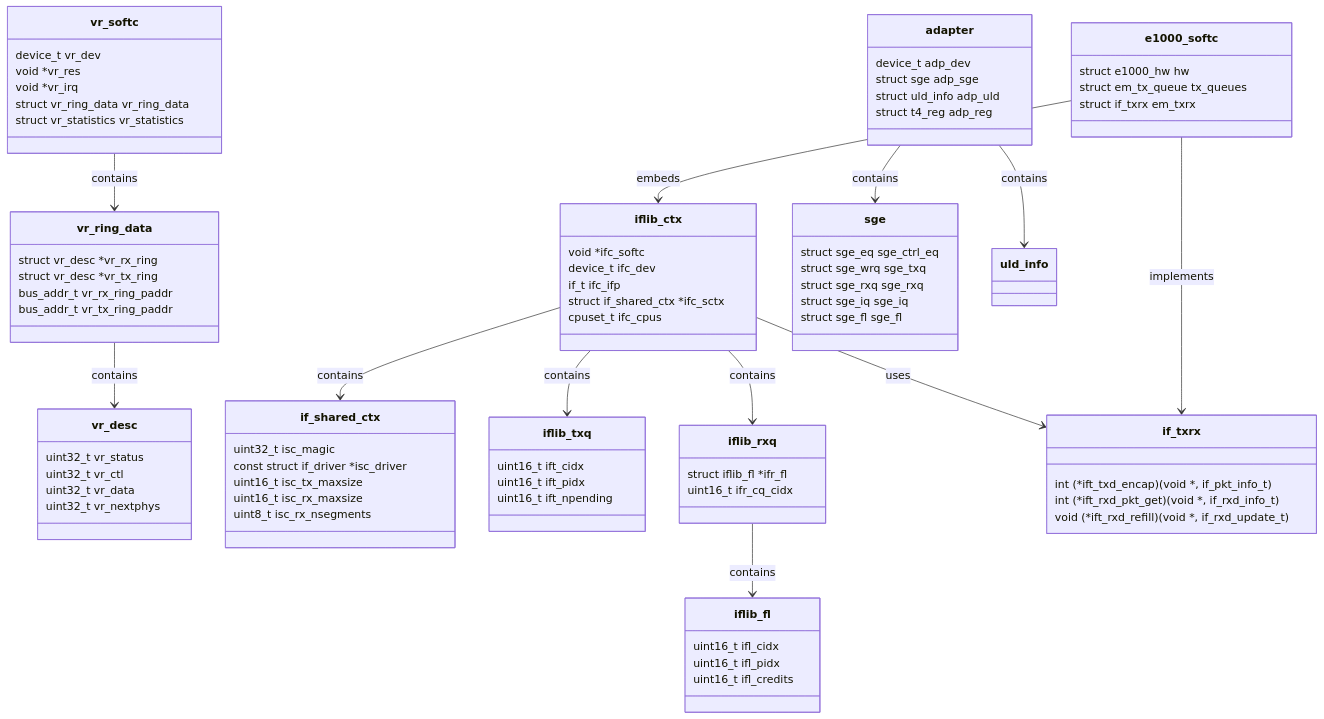
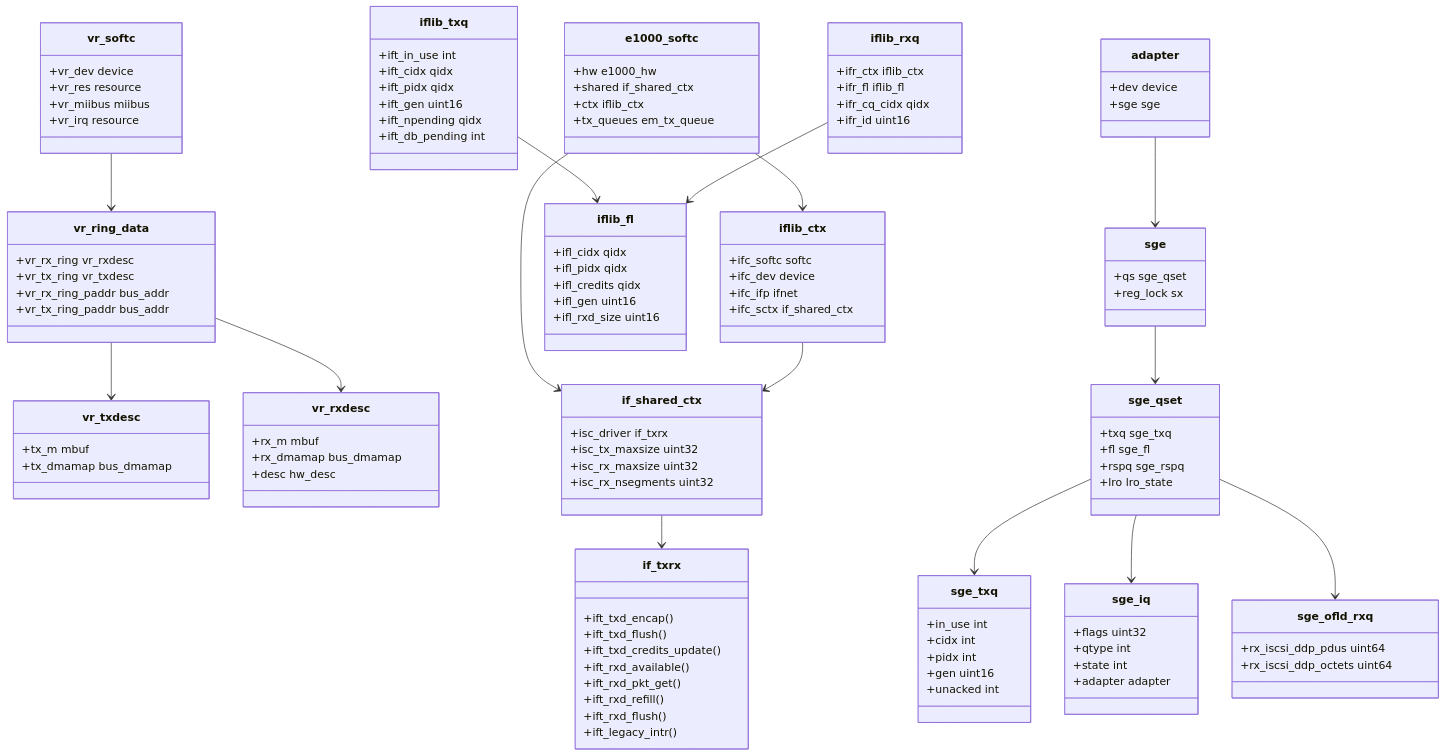
Before and after one commit to ocochard/freebsd-src: the diagram in sys/dev/README_nic_drivers.md, drawn with Mermaid. The commit also changed other lines of this file and 40 other files, not shown here.

````diff
--- a/sys/dev/README_nic_drivers.md
+++ b/sys/dev/README_nic_drivers.md
@@ -514,84 +183,118 @@
 ```mermaid
 classDiagram
-    class vr_softc {
-        device_t vr_dev
-        void *vr_res
-        void *vr_irq
-        struct vr_ring_data vr_ring_data
-        struct vr_statistics vr_statistics
-    }
-    class vr_ring_data {
-        struct vr_desc *vr_rx_ring
-        struct vr_desc *vr_tx_ring
-        bus_addr_t vr_rx_ring_paddr
-        bus_addr_t vr_tx_ring_paddr
-    }
-    class vr_desc {
-        uint32_t vr_status
-        uint32_t vr_ctl
-        uint32_t vr_data
-        uint32_t vr_nextphys
-    }
-    class iflib_ctx {
-        void *ifc_softc
-        device_t ifc_dev
-        if_t ifc_ifp
-        struct if_shared_ctx *ifc_sctx
-        cpuset_t ifc_cpus
-    }
-    class if_shared_ctx {
-        uint32_t isc_magic
-        const struct if_driver *isc_driver
-        uint16_t isc_tx_maxsize
-        uint16_t isc_rx_maxsize
-        uint8_t isc_rx_nsegments
-    }
-    class iflib_txq {
-        uint16_t ift_cidx
-        uint16_t ift_pidx
-        uint16_t ift_npending
-    }
-    class iflib_rxq {
-        struct iflib_fl *ifr_fl
-        uint16_t ifr_cq_cidx
-    }
-    class iflib_fl {
-        uint16_t ifl_cidx
-        uint16_t ifl_pidx
-        uint16_t ifl_credits
-    }
-    class if_txrx {
-        int (*ift_txd_encap)(void *, if_pkt_info_t)
-        int (*ift_rxd_pkt_get)(void *, if_rxd_info_t)
-        void (*ift_rxd_refill)(void *, if_rxd_update_t)
-    }
-    class adapter {
-        device_t adp_dev
-        struct sge adp_sge
-        struct uld_info adp_uld
-        struct t4_reg adp_reg
-    }
-    class sge {
-        struct sge_eq sge_ctrl_eq
-        struct sge_wrq sge_txq
-        struct sge_rxq sge_rxq
-        struct sge_iq sge_iq
-        struct sge_fl sge_fl
-    }
-    class e1000_softc {
-        struct e1000_hw hw
-        struct em_tx_queue tx_queues
-        struct if_txrx em_txrx
-    }
-    vr_softc --> vr_ring_data : contains
-    vr_ring_data --> vr_desc : contains
-    iflib_ctx --> if_shared_ctx : contains
-    iflib_ctx --> iflib_txq : contains
-    iflib_ctx --> iflib_rxq : contains
-    iflib_rxq --> iflib_fl : contains
-    iflib_ctx --> if_txrx : uses
-    adapter --> sge : contains
-    adapter --> uld_info : contains
-    e1000_softc --> if_txrx : implements
-    e1000_softc --> iflib_ctx : embeds
+  class vr_softc {
+    +vr_dev device
+    +vr_res resource
+    +vr_miibus miibus
+    +vr_irq resource
+  }
+  class vr_ring_data {
+    +vr_rx_ring vr_rxdesc
+    +vr_tx_ring vr_txdesc
+    +vr_rx_ring_paddr bus_addr
+    +vr_tx_ring_paddr bus_addr
+  }
+  class vr_txdesc {
+    +tx_m mbuf
+    +tx_dmamap bus_dmamap
+  }
+  class vr_rxdesc {
+    +rx_m mbuf
+    +rx_dmamap bus_dmamap
+    +desc hw_desc
+  }
+  class e1000_softc {
+    +hw e1000_hw
+    +shared if_shared_ctx
+    +ctx iflib_ctx
+    +tx_queues em_tx_queue
+  }
+  class if_txrx {
+    +ift_txd_encap()
+    +ift_txd_flush()
+    +ift_txd_credits_update()
+    +ift_rxd_available()
+    +ift_rxd_pkt_get()
+    +ift_rxd_refill()
+    +ift_rxd_flush()
+    +ift_legacy_intr()
+  }
+  class iflib_ctx {
+    +ifc_softc softc
+    +ifc_dev device
+    +ifc_ifp ifnet
+    +ifc_sctx if_shared_ctx
+  }
+  class if_shared_ctx {
+    +isc_driver if_txrx
+    +isc_tx_maxsize uint32
+    +isc_rx_maxsize uint32
+    +isc_rx_nsegments uint32
+  }
+  class iflib_txq {
+    +ift_in_use int
+    +ift_cidx qidx
+    +ift_pidx qidx
+    +ift_gen uint16
+    +ift_npending qidx
+    +ift_db_pending int
+  }
+  class iflib_rxq {
+    +ifr_ctx iflib_ctx
+    +ifr_fl iflib_fl
+    +ifr_cq_cidx qidx
+    +ifr_id uint16
+  }
+  class iflib_fl {
+    +ifl_cidx qidx
+    +ifl_pidx qidx
+    +ifl_credits qidx
+    +ifl_gen uint16
+    +ifl_rxd_size uint16
+  }
+  class adapter {
+    +dev device
+    +sge sge
+  }
+  class sge {
+    +qs sge_qset
+    +reg_lock sx
+  }
+  class sge_qset {
+    +txq sge_txq
+    +fl sge_fl
+    +rspq sge_rspq
+    +lro lro_state
+  }
+  class sge_txq {
+    +in_use int
+    +cidx int
+    +pidx int
+    +gen uint16
+    +unacked int
+  }
+  class sge_iq {
+    +flags uint32
+    +qtype int
+    +state int
+    +adapter adapter
+  }
+  class sge_ofld_rxq {
+    +rx_iscsi_ddp_pdus uint64
+    +rx_iscsi_ddp_octets uint64
+  }
+  vr_softc --> vr_ring_data
+  vr_ring_data --> vr_txdesc
+  vr_ring_data --> vr_rxdesc
+  e1000_softc --> iflib_ctx
+  e1000_softc --> if_shared_ctx
+  if_shared_ctx --> if_txrx
+  iflib_ctx --> if_shared_ctx
+  iflib_txq --> iflib_fl
+  iflib_rxq --> iflib_fl
+  adapter --> sge
+  sge --> sge_qset
+  sge_qset --> sge_txq
+  sge_qset --> sge_iq
+  sge_qset --> sge_ofld_rxq
 ```
````
